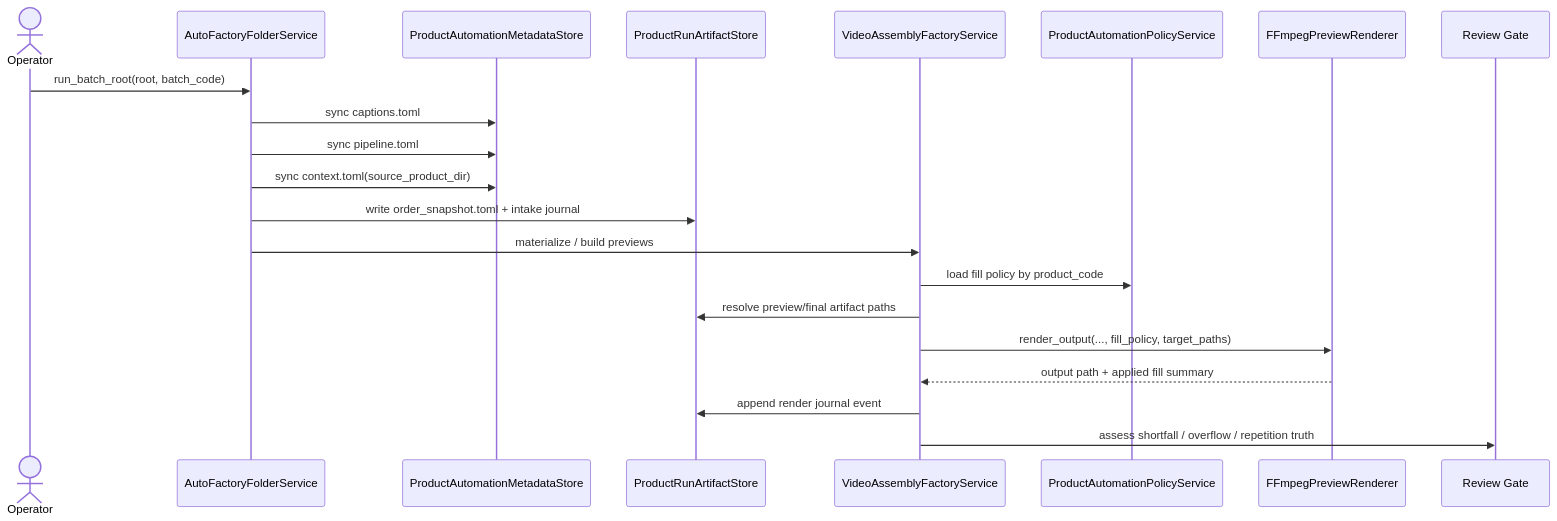
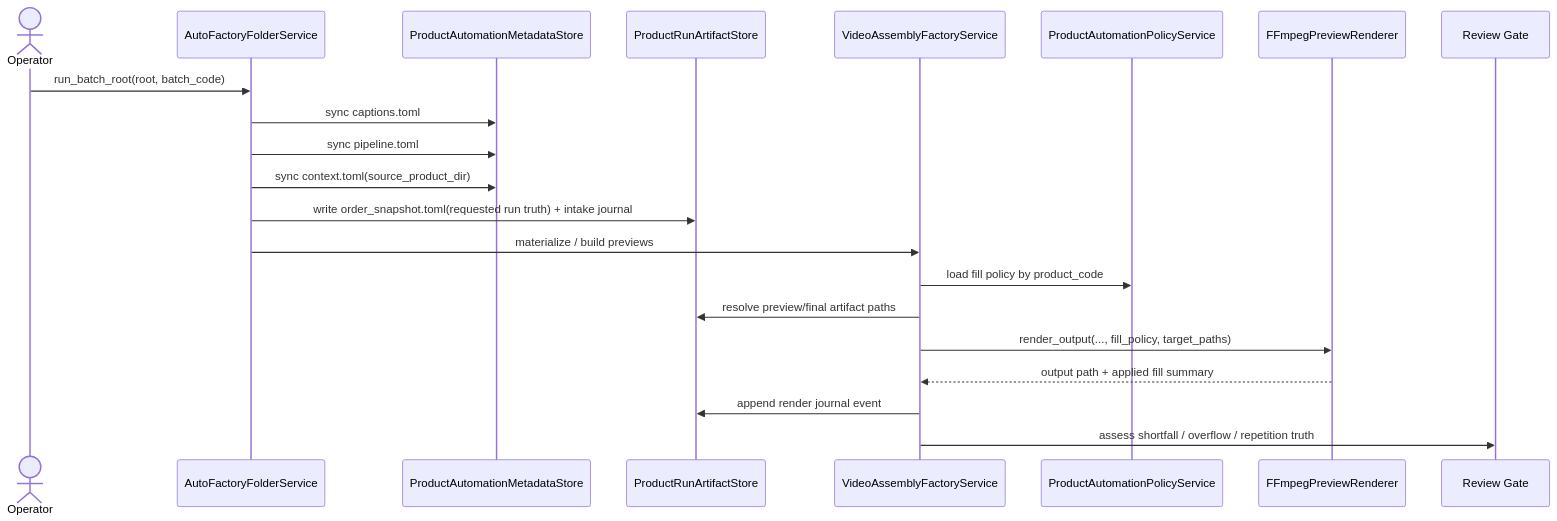
Before and after one commit to idev006/MTClipFactory: the second of 2 diagrams in doc/47_Product_Local_Run_Artifacts_And_Fill_Policy_Workflow_2026-06-14.md, drawn with Mermaid. The commit also changed other lines of this file and 14 other files, not shown here.

Commit message:
Harden auto factory snapshot truth and foreground balance

````diff
--- a/doc/47_Product_Local_Run_Artifacts_And_Fill_Policy_Workflow_2026-06-14.md
+++ b/doc/47_Product_Local_Run_Artifacts_And_Fill_Policy_Workflow_2026-06-14.md
@@ -237,24 +237,24 @@
 ```mermaid
 sequenceDiagram
     actor Operator
     participant FolderSvc as AutoFactoryFolderService
     participant Meta as ProductAutomationMetadataStore
     participant RunStore as ProductRunArtifactStore
     participant Factory as VideoAssemblyFactoryService
     participant Policy as ProductAutomationPolicyService
     participant Render as FFmpegPreviewRenderer
     participant Review as Review Gate
 
     Operator->>FolderSvc: run_batch_root(root, batch_code)
     FolderSvc->>Meta: sync captions.toml
     FolderSvc->>Meta: sync pipeline.toml
     FolderSvc->>Meta: sync context.toml(source_product_dir)
-    FolderSvc->>RunStore: write order_snapshot.toml + intake journal
+    FolderSvc->>RunStore: write order_snapshot.toml(requested run truth) + intake journal
     FolderSvc->>Factory: materialize / build previews
     Factory->>Policy: load fill policy by product_code
     Factory->>RunStore: resolve preview/final artifact paths
     Factory->>Render: render_output(..., fill_policy, target_paths)
     Render-->>Factory: output path + applied fill summary
     Factory->>RunStore: append render journal event
     Factory->>Review: assess shortfall / overflow / repetition truth
 ```
````
